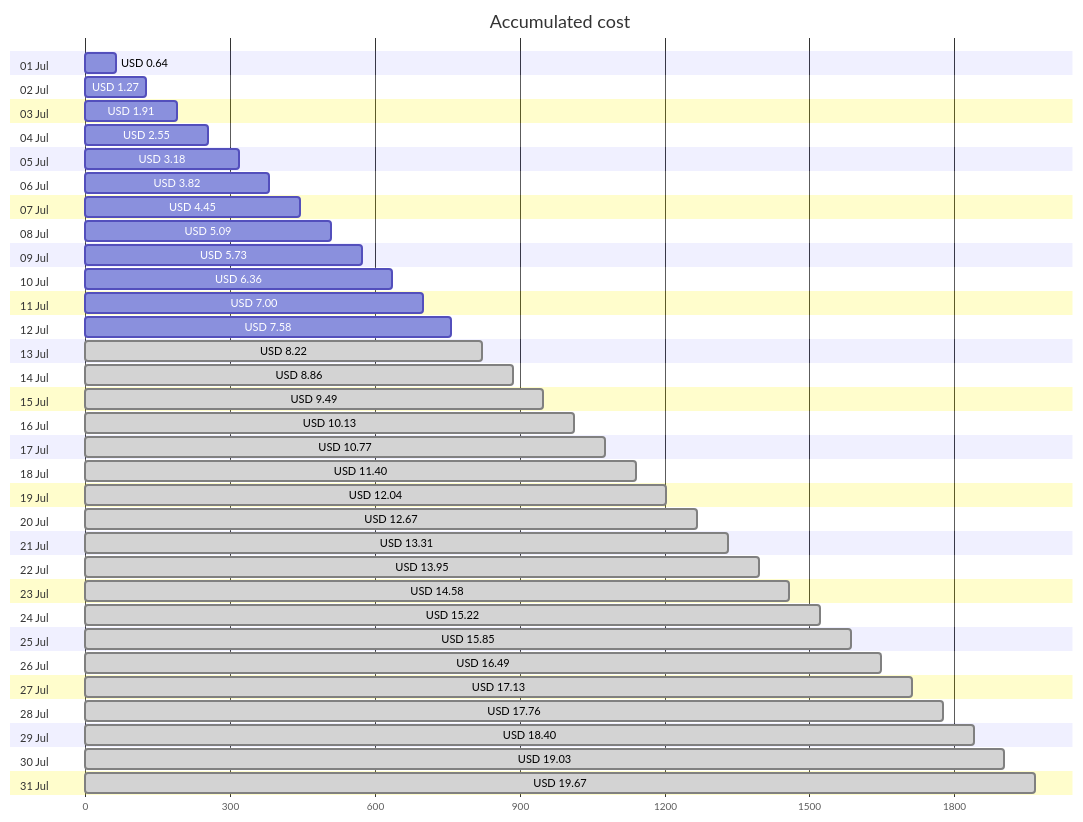
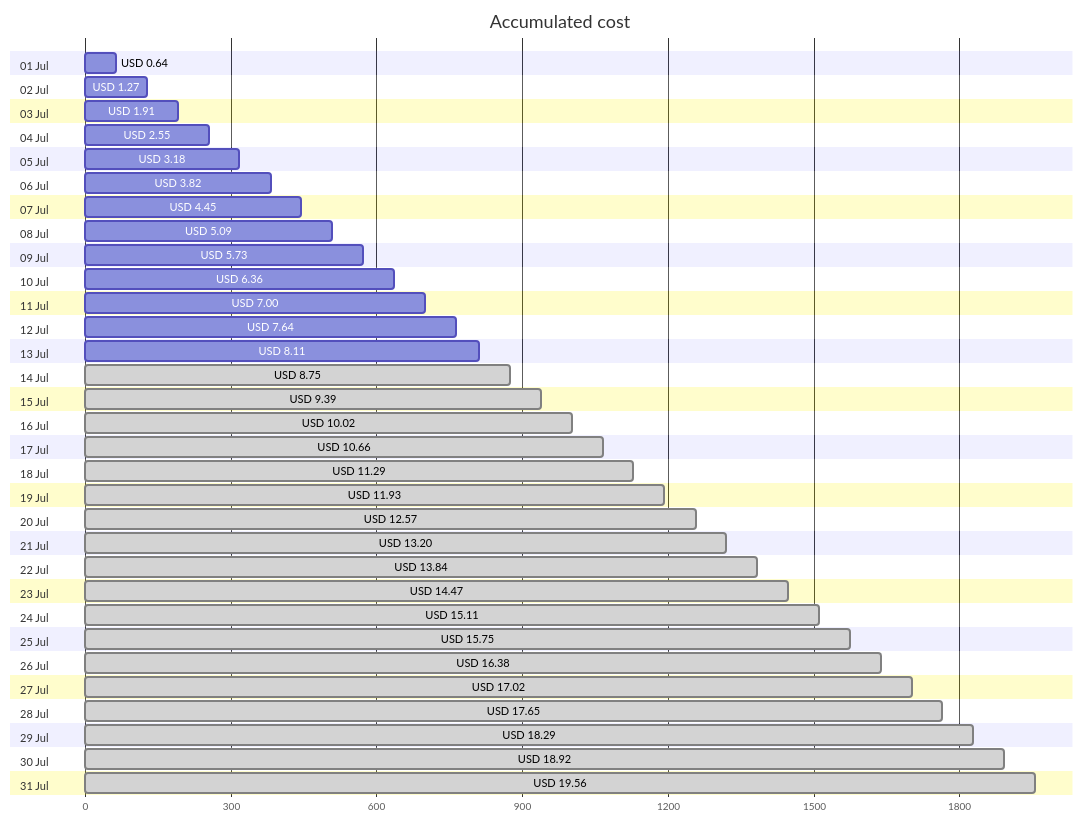
One commit to jpfulton/azure-personal-reports changed the first of 4 diagrams in cost-reports/accumulated-cost.md. Above: the diagram before and after it, drawn with Mermaid. The commit also changed other lines of this file and 4 other files, not shown here.

````diff
--- a/cost-reports/accumulated-cost.md
+++ b/cost-reports/accumulated-cost.md
@@ -20,68 +20,68 @@
 ```mermaid
 gantt
    title Accumulated cost
    dateFormat  X
    axisFormat %s
    section 01 Jul
    USD 0.64 :0, 64
    section 02 Jul
    USD 1.27 :0, 127
    section 03 Jul
    USD 1.91 :0, 191
    section 04 Jul
    USD 2.55 :0, 255
    section 05 Jul
    USD 3.18 :0, 318
    section 06 Jul
    USD 3.82 :0, 382
    section 07 Jul
    USD 4.45 :0, 445
    section 08 Jul
    USD 5.09 :0, 509
    section 09 Jul
    USD 5.73 :0, 573
    section 10 Jul
    USD 6.36 :0, 636
    section 11 Jul
    USD 7.00 :0, 700
    section 12 Jul
-   USD 7.58 :0, 758
+   USD 7.64 :0, 764
    section 13 Jul
-   USD 8.22 : done, 0, 822
+   USD 8.11 :0, 811
    section 14 Jul
-   USD 8.86 : done, 0, 886
+   USD 8.75 : done, 0, 875
    section 15 Jul
-   USD 9.49 : done, 0, 949
+   USD 9.39 : done, 0, 939
    section 16 Jul
-   USD 10.13 : done, 0, 1013
+   USD 10.02 : done, 0, 1002
    section 17 Jul
-   USD 10.77 : done, 0, 1077
+   USD 10.66 : done, 0, 1066
    section 18 Jul
-   USD 11.40 : done, 0, 1140
+   USD 11.29 : done, 0, 1129
    section 19 Jul
-   USD 12.04 : done, 0, 1204
+   USD 11.93 : done, 0, 1193
    section 20 Jul
-   USD 12.67 : done, 0, 1267
+   USD 12.57 : done, 0, 1257
    section 21 Jul
-   USD 13.31 : done, 0, 1331
+   USD 13.20 : done, 0, 1320
    section 22 Jul
-   USD 13.95 : done, 0, 1395
+   USD 13.84 : done, 0, 1384
    section 23 Jul
-   USD 14.58 : done, 0, 1458
+   USD 14.47 : done, 0, 1447
    section 24 Jul
-   USD 15.22 : done, 0, 1522
+   USD 15.11 : done, 0, 1511
    section 25 Jul
-   USD 15.85 : done, 0, 1585
+   USD 15.75 : done, 0, 1575
    section 26 Jul
-   USD 16.49 : done, 0, 1649
+   USD 16.38 : done, 0, 1638
    section 27 Jul
-   USD 17.13 : done, 0, 1713
+   USD 17.02 : done, 0, 1702
    section 28 Jul
-   USD 17.76 : done, 0, 1776
+   USD 17.65 : done, 0, 1765
    section 29 Jul
-   USD 18.40 : done, 0, 1840
+   USD 18.29 : done, 0, 1829
    section 30 Jul
-   USD 19.03 : done, 0, 1903
+   USD 18.92 : done, 0, 1892
    section 31 Jul
-   USD 19.67 : done, 0, 1967
+   USD 19.56 : done, 0, 1956
 ```
````
